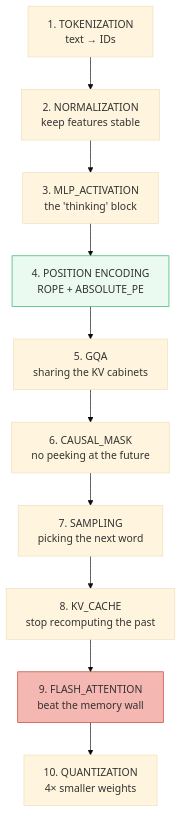
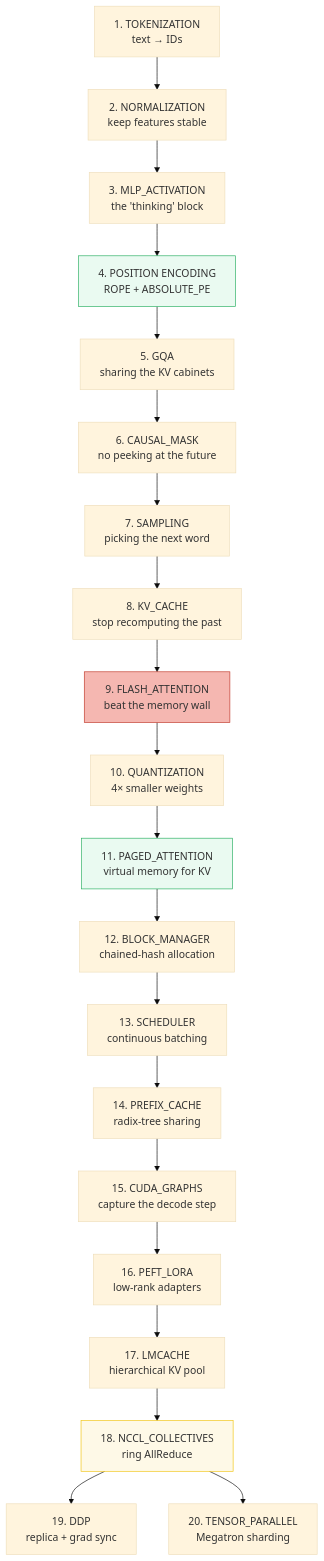
One commit to quanhua92/tutorials changed the second of 2 diagrams in llm/README.md. Above: the diagram before and after it, drawn with Mermaid (base theme). The commit also changed other lines of this file and 41 other files, not shown here.

````diff
--- a/llm/README.md
+++ b/llm/README.md
@@ -77,14 +112,26 @@
 ```mermaid
 graph TD
     A["1. TOKENIZATION<br/>text → IDs"] --> B["2. NORMALIZATION<br/>keep features stable"]
     B --> C["3. MLP_ACTIVATION<br/>the 'thinking' block"]
     C --> D["4. POSITION ENCODING<br/>ROPE + ABSOLUTE_PE"]
     D --> E["5. GQA<br/>sharing the KV cabinets"]
     E --> F["6. CAUSAL_MASK<br/>no peeking at the future"]
     F --> G["7. SAMPLING<br/>picking the next word"]
     G --> H["8. KV_CACHE<br/>stop recomputing the past"]
     H --> I["9. FLASH_ATTENTION<br/>beat the memory wall"]
     I --> J["10. QUANTIZATION<br/>4× smaller weights"]
+    J --> K["11. PAGED_ATTENTION<br/>virtual memory for KV"]
+    K --> L["12. BLOCK_MANAGER<br/>chained-hash allocation"]
+    L --> M["13. SCHEDULER<br/>continuous batching"]
+    M --> N["14. PREFIX_CACHE<br/>radix-tree sharing"]
+    N --> O["15. CUDA_GRAPHS<br/>capture the decode step"]
+    O --> P["16. PEFT_LORA<br/>low-rank adapters"]
+    P --> Q["17. LMCACHE<br/>hierarchical KV pool"]
+    Q --> R["18. NCCL_COLLECTIVES<br/>ring AllReduce"]
+    R --> S["19. DDP<br/>replica + grad sync"]
+    R --> T["20. TENSOR_PARALLEL<br/>Megatron sharding"]
     style D fill:#eafaf1,stroke:#27ae60
     style I fill:#f5b7b1,stroke:#c0392b
+    style K fill:#eafaf1,stroke:#27ae60
+    style R fill:#fef9e7,stroke:#f1c40f
 ```
````
